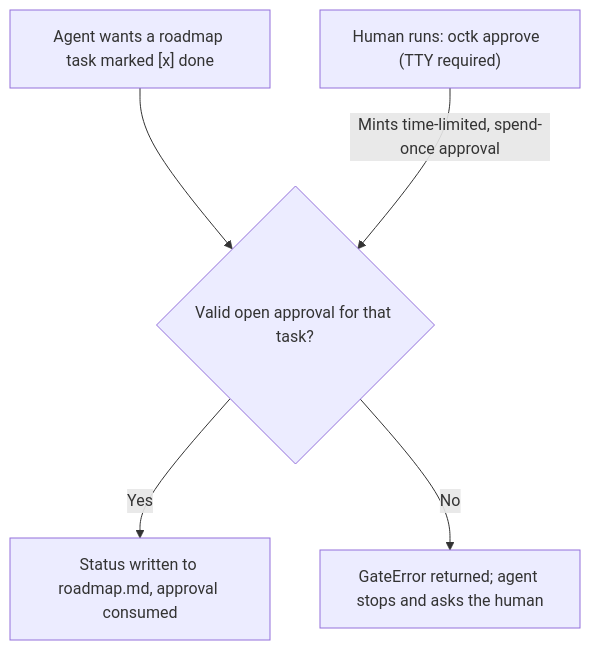
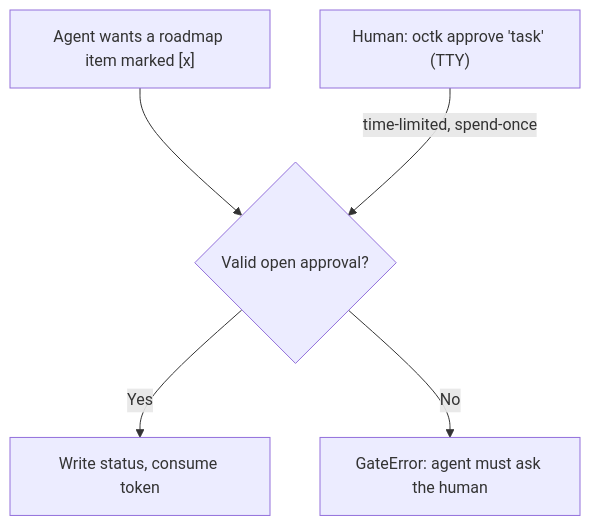
The second of 2 diagrams in README.md (manaskumar1704/opencode-toolkit), drawn with Mermaid before and after one commit. The commit also changed other lines of this file and 5 other files, not shown here.

````diff
--- a/README.md
+++ b/README.md
@@ -138,7 +210,7 @@
 ```mermaid
 flowchart TB
-  A["Agent wants a roadmap task marked [x] done"] --> G{"Valid open approval for that task?"}
-  G -->|"Yes"| W["Status written to roadmap.md, approval consumed"]
-  G -->|"No"| E["GateError returned; agent stops and asks the human"]
-  H["Human runs: octk approve <task> (TTY required)"] -->|"Mints time-limited, spend-once approval"| G
+  A["Agent wants a roadmap item marked [x]"] --> G{"Valid open approval?"}
+  G -->|Yes| W["Write status, consume token"]
+  G -->|No| E["GateError: agent must ask the human"]
+  H["Human: octk approve 'task' (TTY)"] -->|"time-limited, spend-once"| G
 ```
````
